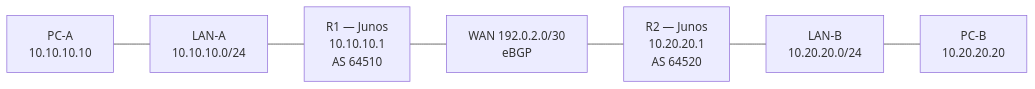
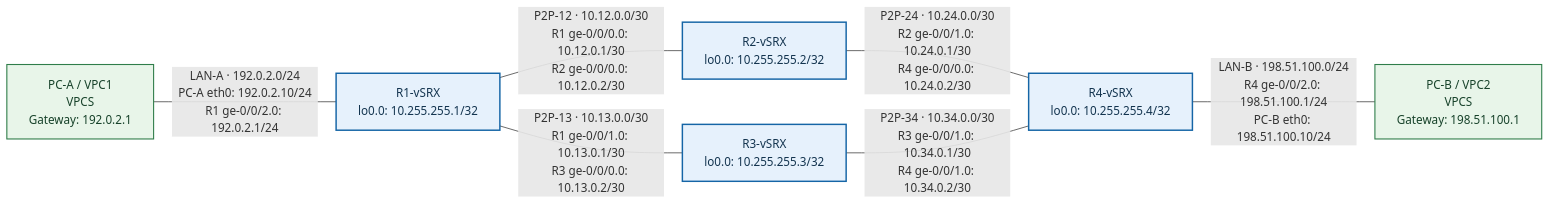
Before and after one commit to nelto79/jncip: the first of 10 diagrams in docs/chapters/JUNOS_Rozdzial_08_Routing_Policy_and_Firewall_Filters.md, drawn with Mermaid. The commit also changed other lines of this file, not shown here.

Commit message:
docs(ch08): migrate routing policy theory, peer IPs and opening diagram to canonical 4-vSRX diamond

````diff
--- a/docs/chapters/JUNOS_Rozdzial_08_Routing_Policy_and_Firewall_Filters.md
+++ b/docs/chapters/JUNOS_Rozdzial_08_Routing_Policy_and_Firewall_Filters.md
@@ -20,9 +17,21 @@
-```mermaid
+~~~mermaid
 flowchart LR
-    PA["PC-A<br/>10.10.10.10"] --- A["LAN-A<br/>10.10.10.0/24"]
-    A --- R1["R1 — Junos<br/>10.10.10.1<br/>AS 64510"]
-    R1 --- W["WAN 192.0.2.0/30<br/>eBGP"]
-    W --- R2["R2 — Junos<br/>10.20.20.1<br/>AS 64520"]
-    R2 --- B["LAN-B<br/>10.20.20.0/24"]
-    B --- PB["PC-B<br/>10.20.20.20"]
-```
+  PCA["PC-A / VPC1<br/>VPCS<br/>Gateway: 192.0.2.1"]
+  R1["R1-vSRX<br/>lo0.0: 10.255.255.1/32"]
+  R2["R2-vSRX<br/>lo0.0: 10.255.255.2/32"]
+  R3["R3-vSRX<br/>lo0.0: 10.255.255.3/32"]
+  R4["R4-vSRX<br/>lo0.0: 10.255.255.4/32"]
+  PCB["PC-B / VPC2<br/>VPCS<br/>Gateway: 198.51.100.1"]
+
+  PCA ---|"LAN-A · 192.0.2.0/24<br/>PC-A eth0: 192.0.2.10/24<br/>R1 ge-0/0/2.0: 192.0.2.1/24"| R1
+  R1 ---|"P2P-12 · 10.12.0.0/30<br/>R1 ge-0/0/0.0: 10.12.0.1/30<br/>R2 ge-0/0/0.0: 10.12.0.2/30"| R2
+  R1 ---|"P2P-13 · 10.13.0.0/30<br/>R1 ge-0/0/1.0: 10.13.0.1/30<br/>R3 ge-0/0/0.0: 10.13.0.2/30"| R3
+  R2 ---|"P2P-24 · 10.24.0.0/30<br/>R2 ge-0/0/1.0: 10.24.0.1/30<br/>R4 ge-0/0/0.0: 10.24.0.2/30"| R4
+  R3 ---|"P2P-34 · 10.34.0.0/30<br/>R3 ge-0/0/1.0: 10.34.0.1/30<br/>R4 ge-0/0/1.0: 10.34.0.2/30"| R4
+  R4 ---|"LAN-B · 198.51.100.0/24<br/>R4 ge-0/0/2.0: 198.51.100.1/24<br/>PC-B eth0: 198.51.100.10/24"| PCB
+
+  classDef vsrx fill:#e6f1fc,stroke:#1565a6,stroke-width:2px,color:#13344f;
+  classDef vpcs fill:#e8f5e9,stroke:#2f7d4a,stroke-width:1.5px,color:#17422a;
+  class R1,R2,R3,R4 vsrx;
+  class PCA,PCB vpcs;
+~~~
````
